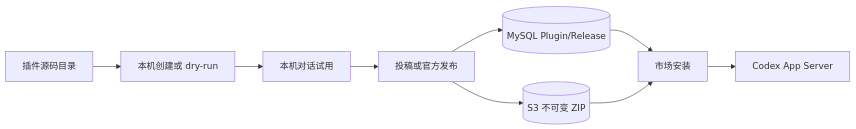
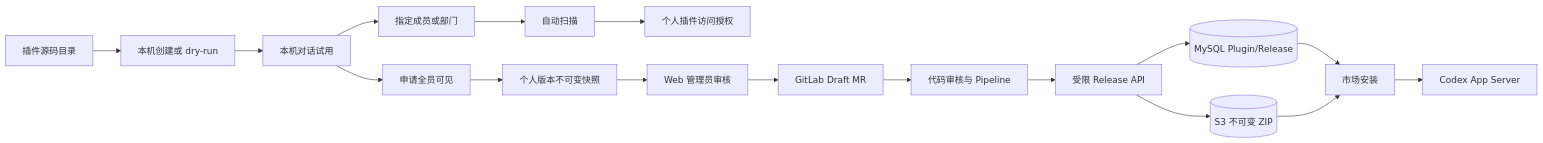
The diagram in docs/zh/wework/developer-guide/wework-plugin-marketplace-dev.md (wecode-ai/Wegent), drawn with Mermaid before and after one commit. The commit also changed other lines of this file and 115 other files, not shown here.

````diff
--- a/docs/zh/wework/developer-guide/wework-plugin-marketplace-dev.md
+++ b/docs/zh/wework/developer-guide/wework-plugin-marketplace-dev.md
@@ -24,11 +26,19 @@
 ```mermaid
 flowchart LR
   source[插件源码目录] --> local[本机创建或 dry-run]
   local --> test[本机对话试用]
-  test --> publish[投稿或官方发布]
-  publish --> mysql[(MySQL Plugin/Release)]
-  publish --> s3[(S3 不可变 ZIP)]
+  test --> share[指定成员或部门]
+  share --> scan[自动扫描]
+  scan --> acl[个人插件访问授权]
+  test --> apply[申请全员可见]
+  apply --> snapshot[个人版本不可变快照]
+  snapshot --> admin[Web 管理员审核]
+  admin --> mr[GitLab Draft MR]
+  mr --> pipeline[代码审核与 Pipeline]
+  pipeline --> release[受限 Release API]
+  release --> mysql[(MySQL Plugin/Release)]
+  release --> s3[(S3 不可变 ZIP)]
   mysql --> install[市场安装]
   s3 --> install
   install --> codex[Codex App Server]
 ```
````
